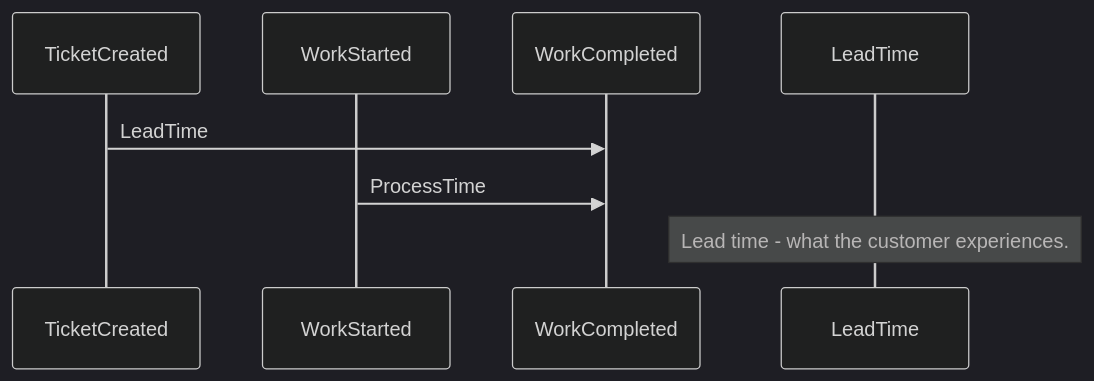
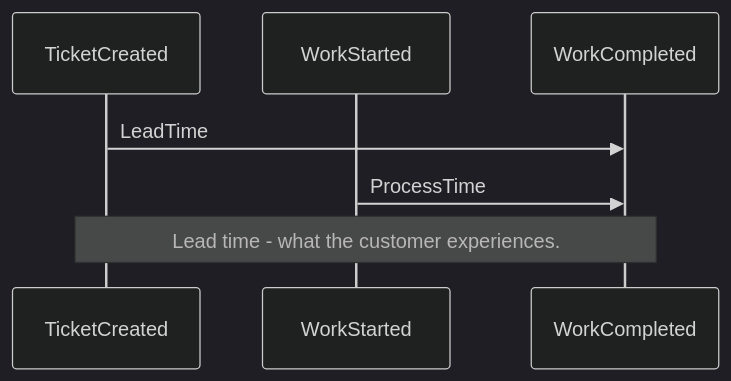
The second of 2 diagrams in books/the_devops_handbook.md (wayofthepie/notes), drawn with Mermaid (dark theme) before and after one commit.

Commit message:
move lead time note

````diff
--- a/books/the_devops_handbook.md
+++ b/books/the_devops_handbook.md
@@ -20,10 +20,10 @@
 ```mermaid
 %%{init: { 'sequence': {'messageAlign': 'left'} }}%%
 sequenceDiagram
     participant TicketCreated
     participant WorkStarted
     participant WorkCompleted
     TicketCreated->>WorkCompleted: LeadTime
     WorkStarted->>WorkCompleted: ProcessTime
-    Note over LeadTime: Lead time - what the customer experiences.
+    Note over TicketCreated,WorkCompleted: Lead time - what the customer experiences.
 ```
````
